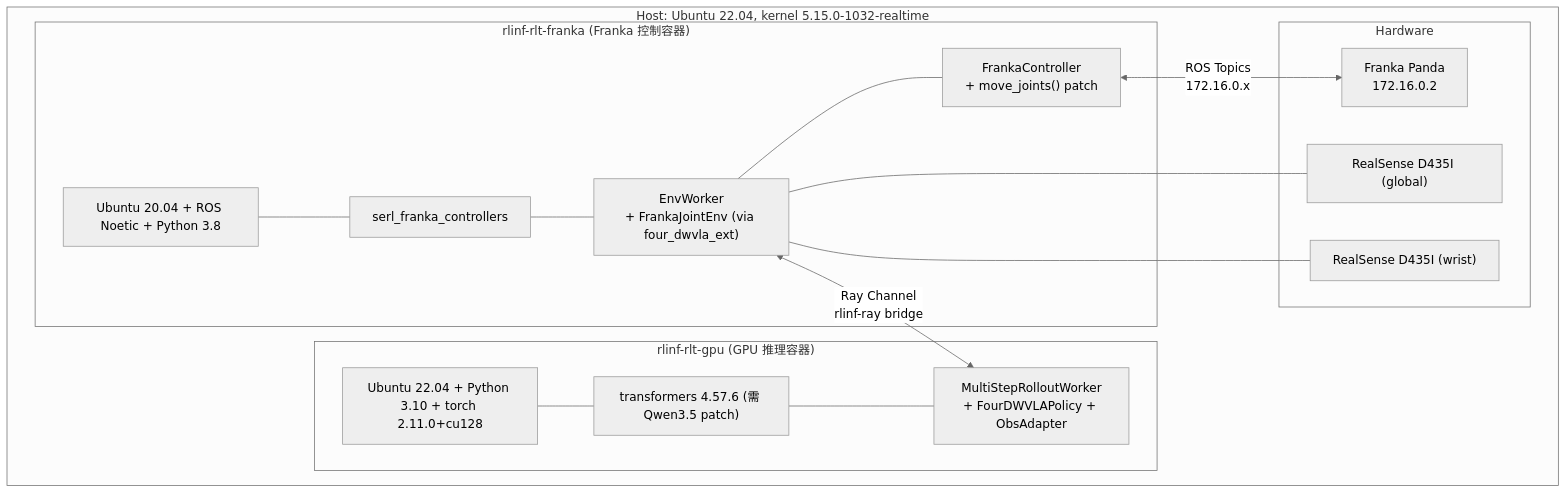
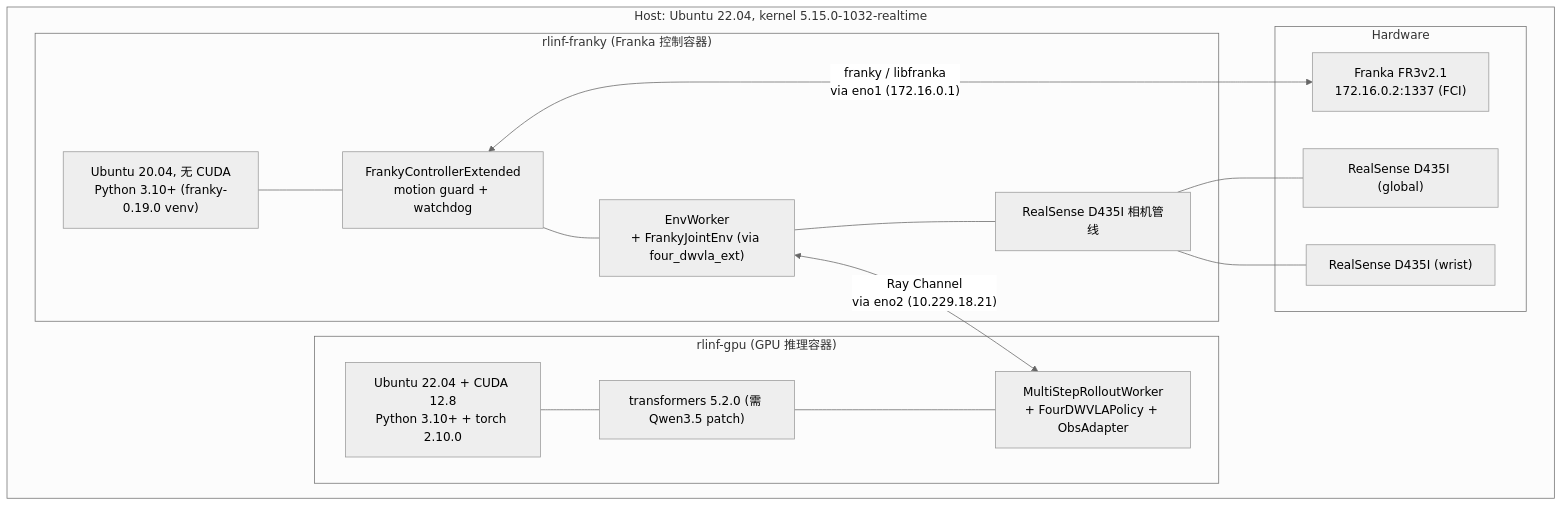
The second of 14 diagrams in b/d/frk1/4wvla_rlinf_eval_2.md (Avant-US/RLinf), drawn with Mermaid (neutral theme) before and after one commit. The commit also changed other lines of this file and 14 other files, not shown here.

````diff
--- a/b/d/frk1/4wvla_rlinf_eval_2.md
+++ b/b/d/frk1/4wvla_rlinf_eval_2.md
@@ -160,31 +192,31 @@
 ```mermaid
 graph TB
     subgraph "Host: Ubuntu 22.04, kernel 5.15.0-1032-realtime"
-        subgraph "rlinf-rlt-franka (Franka 控制容器)"
-            FC_OS["Ubuntu 20.04 + ROS Noetic + Python 3.8"]
-            FC_SERL["serl_franka_controllers"]
-            FC_ENV["EnvWorker<br/>+ FrankaJointEnv (via four_dwvla_ext)"]
-            FC_CTRL["FrankaController<br/>+ move_joints() patch"]
-            FC_OS --- FC_SERL --- FC_ENV --- FC_CTRL
+        subgraph "rlinf-franky (Franka 控制容器)"
+            FK_OS["Ubuntu 20.04, 无 CUDA<br/>Python 3.10+ (franky-0.19.0 venv)"]
+            FK_CTRL["FrankyControllerExtended<br/>motion guard + watchdog"]
+            FK_ENV["EnvWorker<br/>+ FrankyJointEnv (via four_dwvla_ext)"]
+            FK_CAM["RealSense D435I 相机管线"]
+            FK_OS --- FK_CTRL --- FK_ENV --- FK_CAM
         end
 
-        subgraph "rlinf-rlt-gpu (GPU 推理容器)"
-            GPU_OS["Ubuntu 22.04 + Python 3.10 + torch 2.11.0+cu128"]
-            GPU_TF["transformers 4.57.6 (需 Qwen3.5 patch)"]
+        subgraph "rlinf-gpu (GPU 推理容器)"
+            GPU_OS["Ubuntu 22.04 + CUDA 12.8<br/>Python 3.10+ + torch 2.10.0"]
+            GPU_TF["transformers 5.2.0 (需 Qwen3.5 patch)"]
             GPU_ROLLOUT["MultiStepRolloutWorker<br/>+ FourDWVLAPolicy + ObsAdapter"]
             GPU_OS --- GPU_TF --- GPU_ROLLOUT
         end
 
-        FC_ENV <-->|"Ray Channel<br/>rlinf-ray bridge"| GPU_ROLLOUT
+        FK_ENV <-->|"Ray Channel<br/>via eno2 (10.229.18.21)"| GPU_ROLLOUT
 
         subgraph "Hardware"
-            ROBOT["Franka Panda<br/>172.16.0.2"]
+            ROBOT["Franka FR3v2.1<br/>172.16.0.2:1337 (FCI)"]
             CAM1["RealSense D435I (global)"]
             CAM2["RealSense D435I (wrist)"]
         end
 
-        FC_CTRL <-->|"ROS Topics<br/>172.16.0.x"| ROBOT
-        FC_ENV --- CAM1
-        FC_ENV --- CAM2
+        FK_CTRL <-->|"franky / libfranka<br/>via eno1 (172.16.0.1)"| ROBOT
+        FK_CAM --- CAM1
+        FK_CAM --- CAM2
     end
 ```
````
